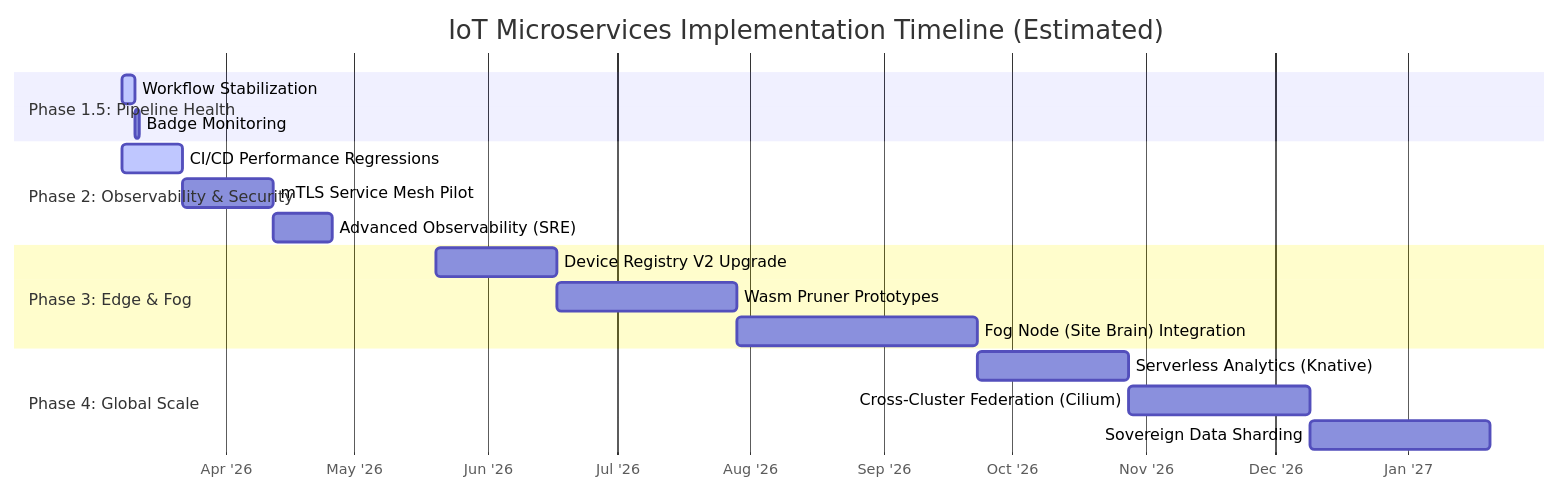
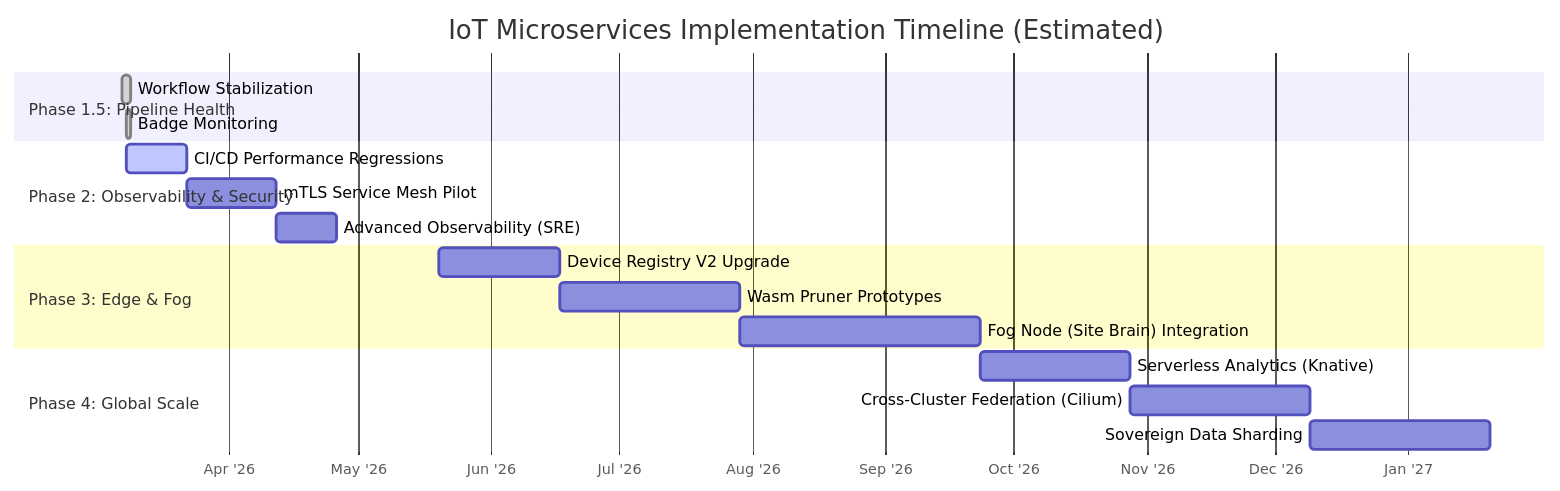
Before and after one commit to sergioitremotejobs2025-sketch/GreenHouse_Arduino: the diagram in Timeline.md, drawn with Mermaid. The commit also changed other lines of this file and 2 other files, not shown here.

Commit message:
docs: finalize architectural manual and update roadmap for Phase 1.5 completion

````diff
--- a/Timeline.md
+++ b/Timeline.md
@@ -7,24 +7,24 @@
 ```mermaid
 gantt
     title IoT Microservices Implementation Timeline (Estimated)
     dateFormat  YYYY-MM-DD
     axisFormat  %b '%y
     section Phase 1.5: Pipeline Health
-    Workflow Stabilization          :active, p15_1, 2026-03-08, 3d
-    Badge Monitoring                :p15_2, after p15_1, 1d
+    Workflow Stabilization          :done, p15_1, 2026-03-07, 2d
+    Badge Monitoring                :done, p15_2, 2026-03-08, 1d
 
     section Phase 2: Observability & Security
     CI/CD Performance Regressions   :active, p2_1, 2026-03-08, 14d
     mTLS Service Mesh Pilot         :p2_2, after p2_1, 21d
     Advanced Observability (SRE)    :p2_3, after p2_2, 14d
 
     section Phase 3: Edge & Fog
     Device Registry V2 Upgrade      :p3_1, 2026-05-20, 28d
     Wasm Pruner Prototypes          :p3_2, after p3_1, 42d
     Fog Node (Site Brain) Integration :p3_3, after p3_2, 56d
 
     section Phase 4: Global Scale
     Serverless Analytics (Knative)  :p4_1, 2026-09-23, 35d
     Cross-Cluster Federation (Cilium) :p4_2, after p4_1, 42d
     Sovereign Data Sharding         :p4_3, after p4_2, 42d
 ```
````
